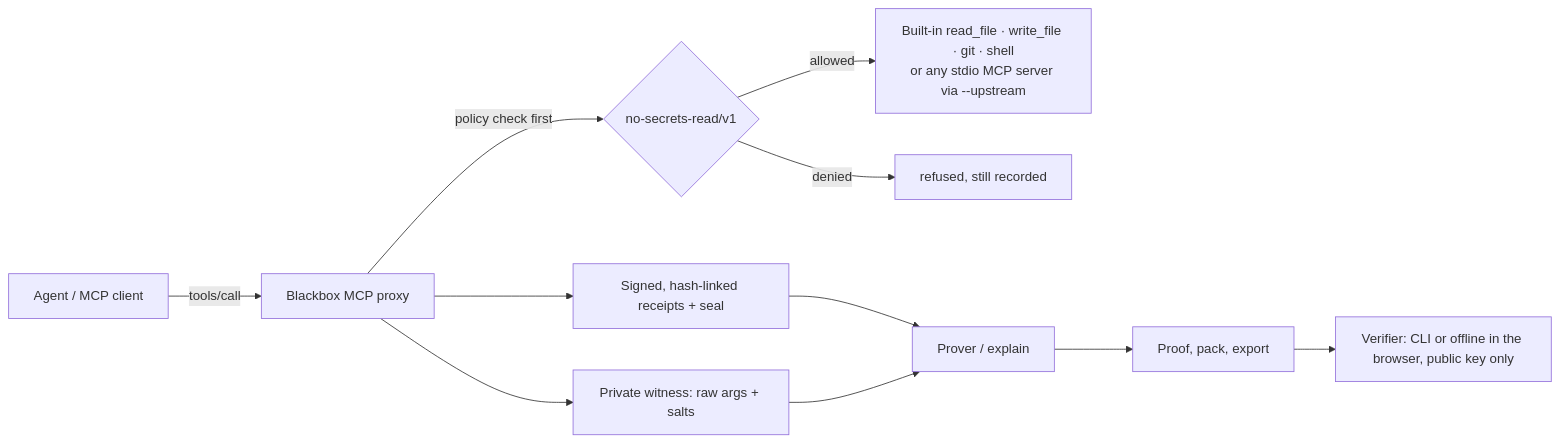
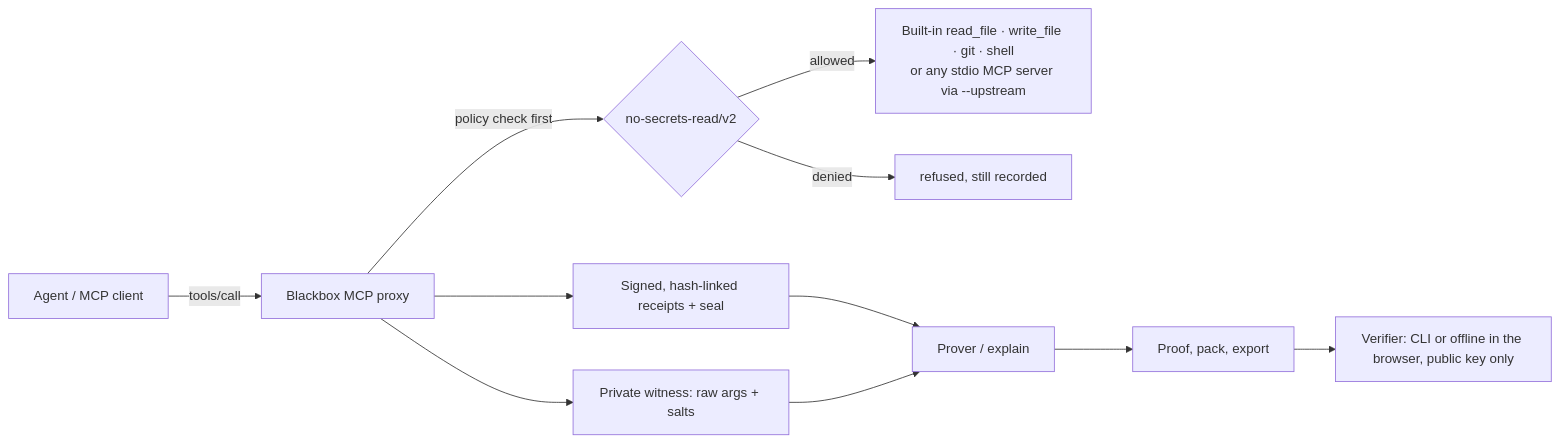
One commit to nickthelegend/blackbox-receipts changed the diagram in README.md. Above: the diagram before and after it, drawn with Mermaid. The commit also changed other lines of this file and 26 other files, not shown here.

````diff
--- a/README.md
+++ b/README.md
@@ -7,13 +7,13 @@
 ```mermaid
 flowchart LR
   A[Agent / MCP client] -->|tools/call| P[Blackbox MCP proxy]
-  P -->|policy check first| G{no-secrets-read/v1}
+  P -->|policy check first| G{no-secrets-read/v2}
   G -->|allowed| U[Built-in read_file · write_file · git · shell<br/>or any stdio MCP server via --upstream]
   G -->|denied| D[refused, still recorded]
   P --> S[Signed, hash-linked receipts + seal]
   P --> X[Private witness: raw args + salts]
   S --> Q[Prover / explain]
   X --> Q
   Q --> B[Proof, pack, export]
   B --> V[Verifier: CLI or offline in the browser, public key only]
 ```
````
